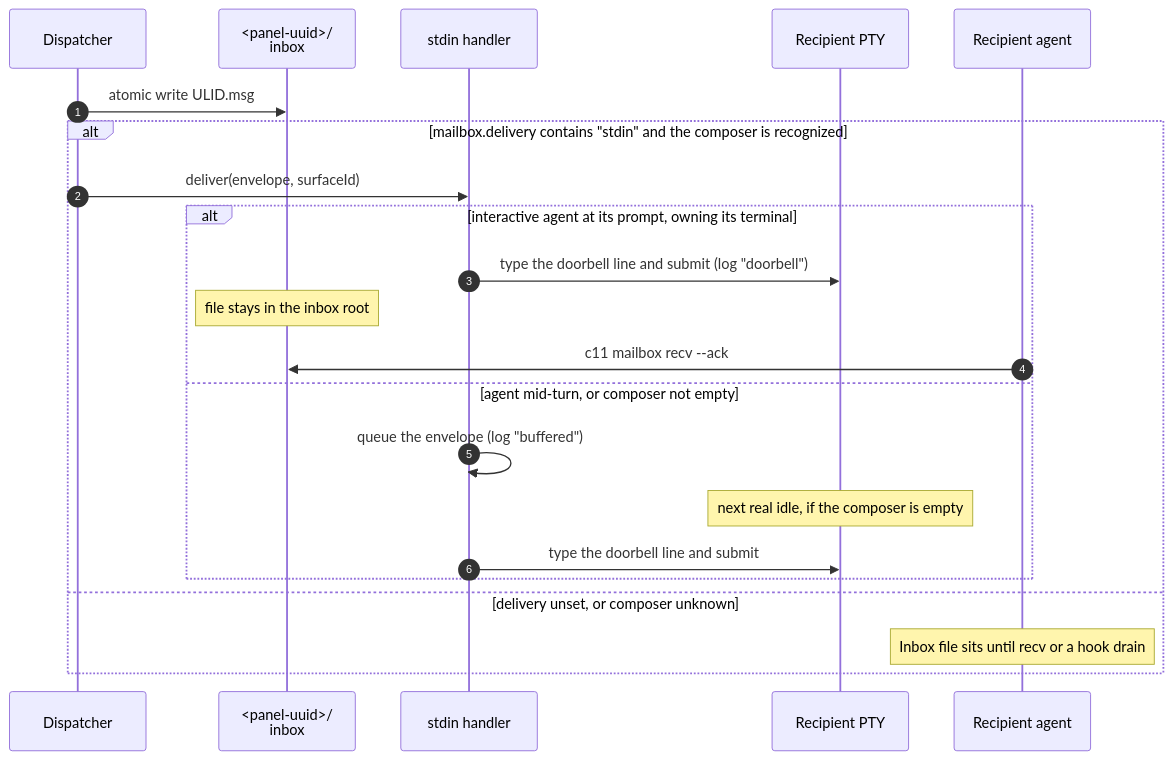
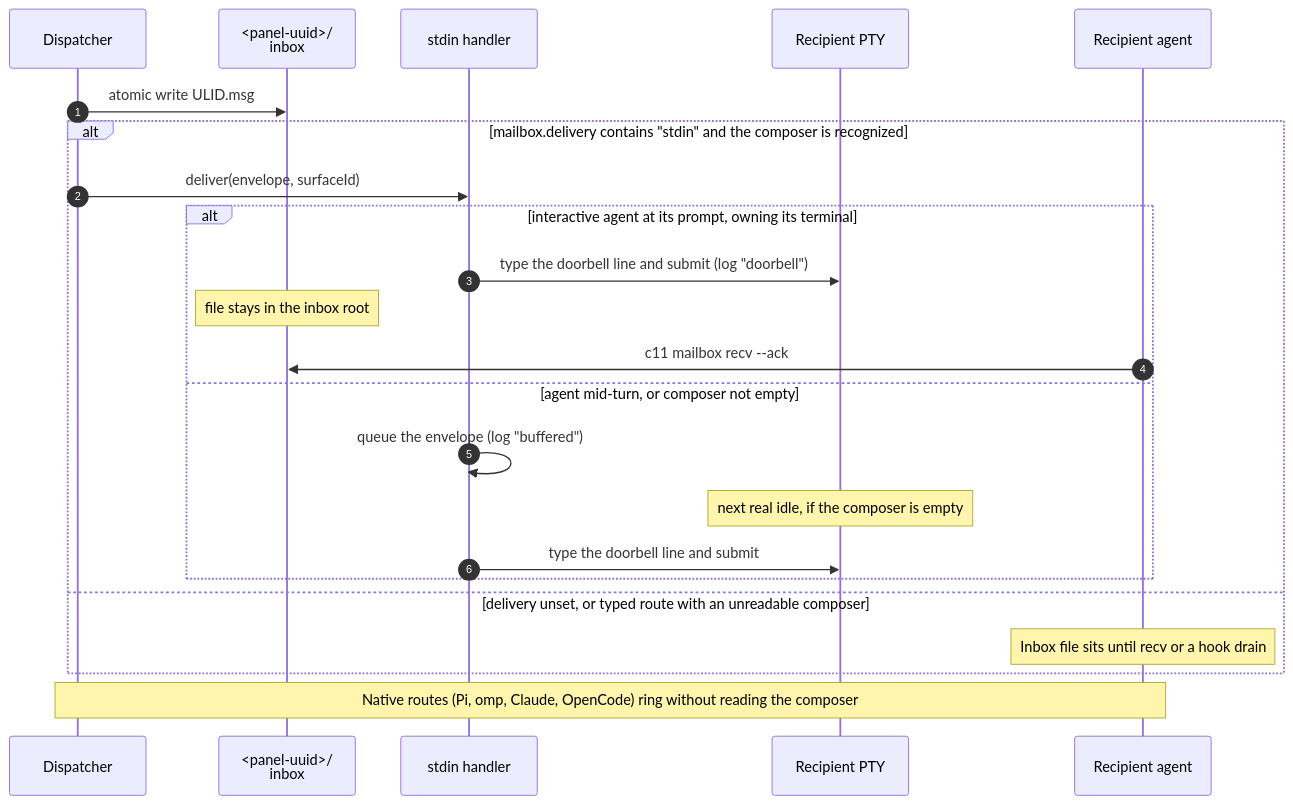
One commit to Stage-11-Agentics/c11 changed the third of 6 diagrams in docs/c11-mailbox-guide.md. Above: the diagram before and after it, drawn with Mermaid. The commit also changed other lines of this file and 2 other files, not shown here.

Commit message:
C11-479: make the mailbox skill and guide agree on native routes and drains

````diff
--- a/docs/c11-mailbox-guide.md
+++ b/docs/c11-mailbox-guide.md
@@ -253,25 +254,26 @@
 ```mermaid
 sequenceDiagram
     autonumber
     participant D as Dispatcher
     participant Inbox as <panel-uuid>/<br/>inbox
     participant SH as stdin handler
     participant PTY as Recipient PTY
     participant Agent as Recipient agent
 
     D->>Inbox: atomic write ULID.msg
     alt mailbox.delivery contains "stdin" and the composer is recognized
         D->>SH: deliver(envelope, surfaceId)
         alt interactive agent at its prompt, owning its terminal
             SH->>PTY: type the doorbell line and submit (log "doorbell")
             Note over Inbox: file stays in the inbox root
             Agent->>Inbox: c11 mailbox recv --ack
         else agent mid-turn, or composer not empty
             SH->>SH: queue the envelope (log "buffered")
             Note over PTY: next real idle, if the composer is empty
             SH->>PTY: type the doorbell line and submit
         end
-    else delivery unset, or composer unknown
+    else delivery unset, or typed route with an unreadable composer
         Note over Agent: Inbox file sits until recv or a hook drain
     end
+    Note over D,Agent: Native routes (Pi, omp, Claude, OpenCode) ring without reading the composer
 ```
````
